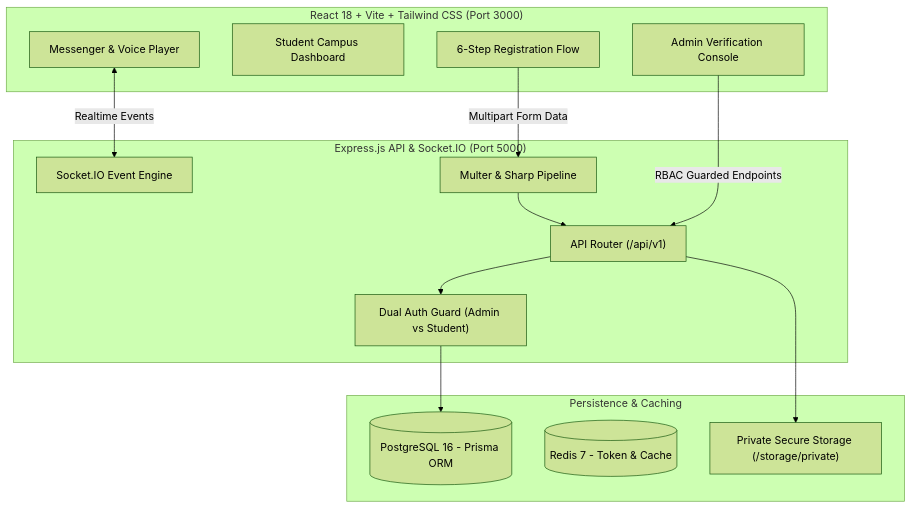
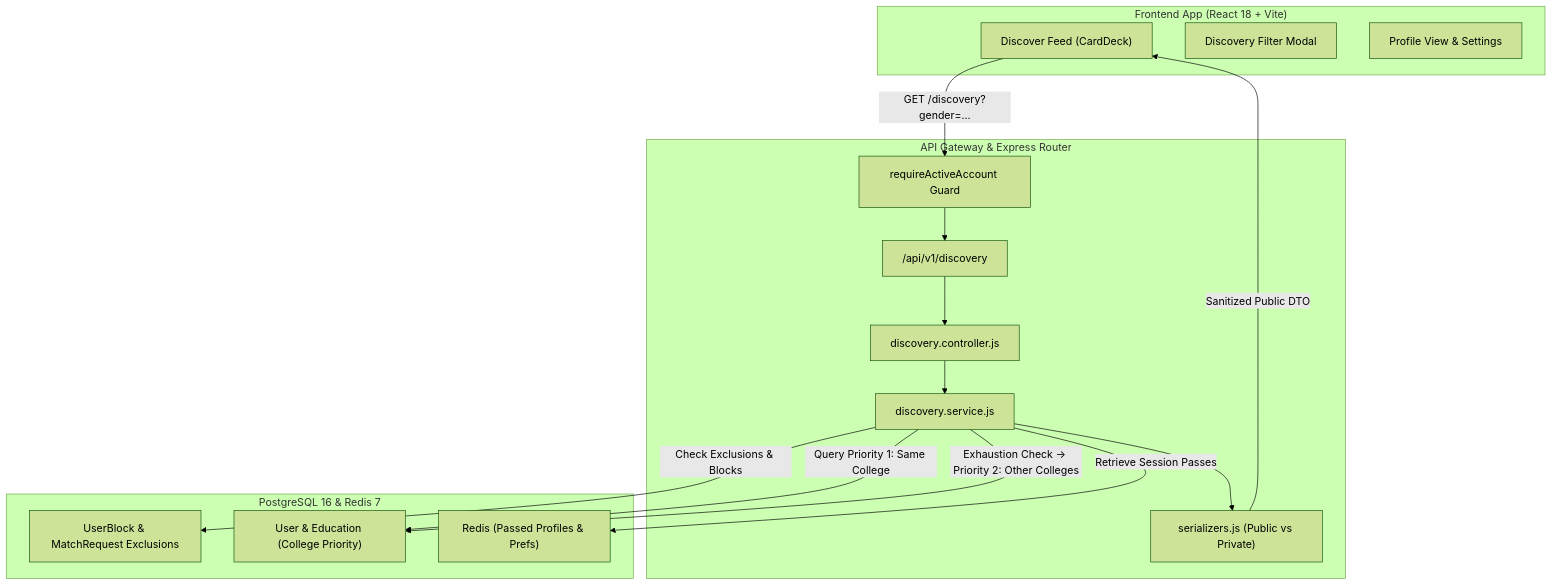
Before and after one commit to aniteshkarak/College: the diagram in reports/COLLEGE_FINAL_READINESS_REPORT.md, drawn with Mermaid (forest theme). The commit also changed other lines of this file and 12 other files, not shown here.

Commit message:
feat: implement college-first discovery engine, gender preference filtering, privacy serializers and 17 automated tests

````diff
--- a/reports/COLLEGE_FINAL_READINESS_REPORT.md
+++ b/reports/COLLEGE_FINAL_READINESS_REPORT.md
@@ -27,30 +38,33 @@
 ```mermaid
 graph TD
-    subgraph Frontend ["React 18 + Vite + Tailwind CSS (Port 3000)"]
-        UI_Reg["6-Step Registration Flow"]
-        UI_Dash["Student Campus Dashboard"]
-        UI_Admin["Admin Verification Console"]
-        UI_Chat["Messenger & Voice Player"]
+    subgraph Client ["Frontend App (React 18 + Vite)"]
+        UI_Disc["Discover Feed (CardDeck)"]
+        UI_Filter["Discovery Filter Modal"]
+        UI_Prof["Profile View & Settings"]
     end
 
-    subgraph BackendGateway ["Express.js API & Socket.IO (Port 5000)"]
-        GW_Routes["API Router (/api/v1)"]
-        GW_Auth["Dual Auth Guard (Admin vs Student)"]
-        GW_Socket["Socket.IO Event Engine"]
-        GW_Upload["Multer & Sharp Pipeline"]
+    subgraph BackendAPI ["API Gateway & Express Router"]
+        Guard["requireActiveAccount Guard"]
+        DiscRouter["/api/v1/discovery"]
+        DiscController["discovery.controller.js"]
+        DiscService["discovery.service.js"]
+        Serializers["serializers.js (Public vs Private)"]
     end
 
-    subgraph StorageEngine ["Persistence & Caching"]
-        DB[(PostgreSQL 16 - Prisma ORM)]
-        Cache[(Redis 7 - Token & Cache)]
-        PrivateFS["Private Secure Storage (/storage/private)"]
+    subgraph DataEngine ["PostgreSQL 16 & Redis 7"]
+        DB_User["User & Education (College Priority)"]
+        DB_Block["UserBlock & MatchRequest Exclusions"]
+        Cache_Pass["Redis (Passed Profiles & Prefs)"]
     end
 
-    UI_Reg -->|Multipart Form Data| GW_Upload
-    GW_Upload --> GW_Routes
-    GW_Routes --> GW_Auth
-    GW_Auth --> DB
-    GW_Routes --> PrivateFS
-    UI_Chat <-->|Realtime Events| GW_Socket
-    UI_Admin -->|RBAC Guarded Endpoints| GW_Routes
+    UI_Disc -->|GET /discovery?gender=...| Guard
+    Guard --> DiscRouter
+    DiscRouter --> DiscController
+    DiscController --> DiscService
+    DiscService -->|Check Exclusions & Blocks| DB_Block
+    DiscService -->|Query Priority 1: Same College| DB_User
+    DiscService -->|Exhaustion Check -> Priority 2: Other Colleges| DB_User
+    DiscService -->|Retrieve Session Passes| Cache_Pass
+    DiscService --> Serializers
+    Serializers -->|Sanitized Public DTO| UI_Disc
 ```
````
